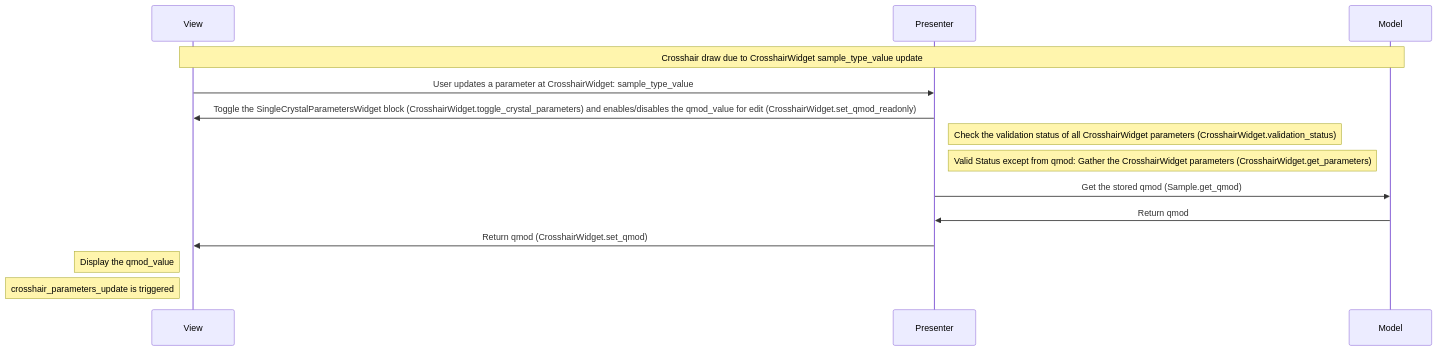
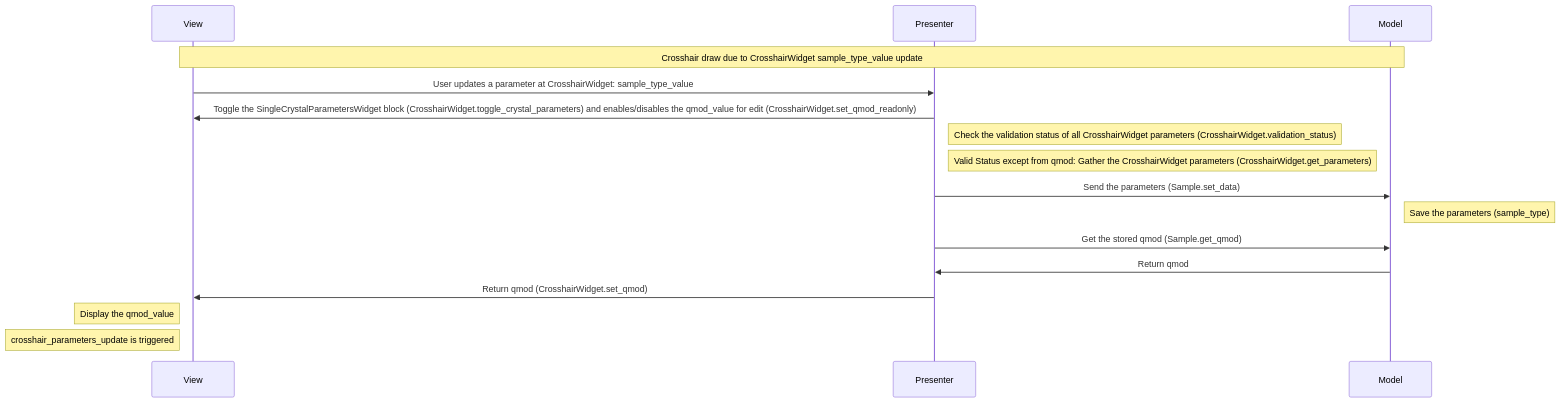
Before and after one commit to neutrons/hyspecppt: diagram 11 of 13 in docs/source/design/hyspecpptclasses.rst, drawn with Mermaid. The commit also changed other lines of this file, not shown here.

```diff
--- a/docs/source/design/hyspecpptclasses.rst
+++ b/docs/source/design/hyspecpptclasses.rst
@@ -585,17 +584,19 @@
         .. mermaid::
 
             sequenceDiagram
                 participant View
                 participant Presenter
                 participant Model
 
                 Note over View,Model: Crosshair draw due to CrosshairWidget sample_type_value update
                 View->>Presenter: User updates a parameter at CrosshairWidget: sample_type_value
                 Presenter->>View: Toggle the SingleCrystalParametersWidget block (CrosshairWidget.toggle_crystal_parameters) and enables/disables the qmod_value for edit (CrosshairWidget.set_qmod_readonly)
                 Note right of Presenter: Check the validation status of all CrosshairWidget parameters (CrosshairWidget.validation_status)
                 Note right of Presenter: Valid Status except from qmod: Gather the CrosshairWidget parameters (CrosshairWidget.get_parameters)
+                Presenter->>Model: Send the parameters (Sample.set_data)
+                Note right of Model: Save the parameters (sample_type)
                 Presenter->>Model: Get the stored qmod (Sample.get_qmod)
                 Model->>Presenter: Return qmod
                 Presenter->>View: Return qmod (CrosshairWidget.set_qmod)
                 Note left of View: Display the qmod_value
                 Note left of View: crosshair_parameters_update is triggered
```
